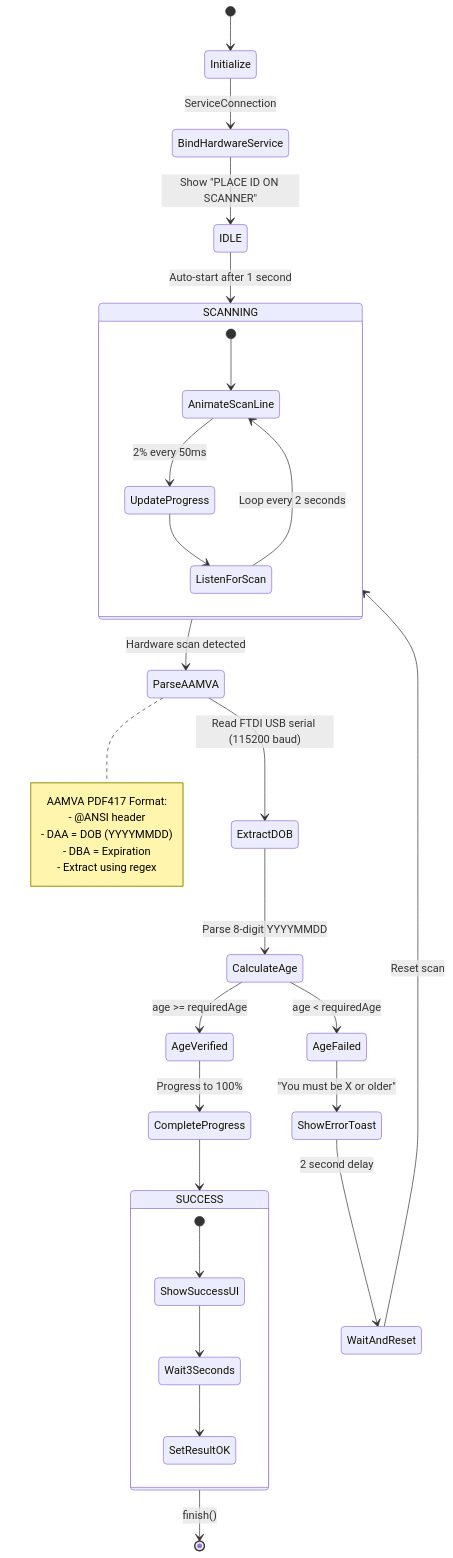
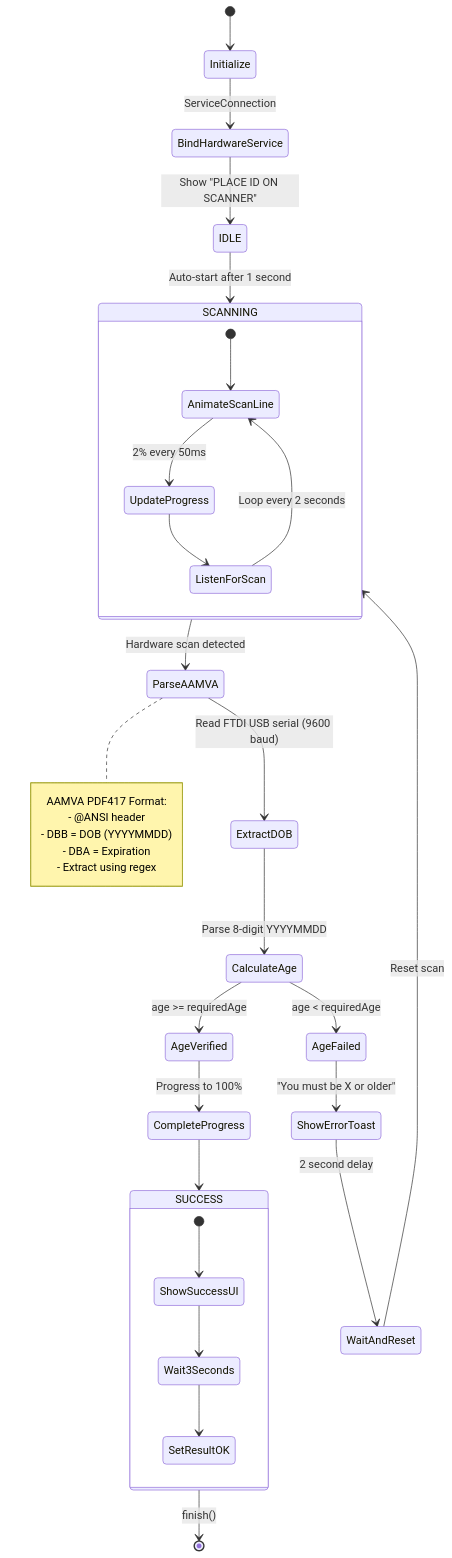
One commit to klhiggin96/zootbox changed the fifth of 16 diagrams in .claude/ZOOTBOX_APPLICATION_FLOW.md. Above: the diagram before and after it, drawn with Mermaid. The commit also changed other lines of this file and 42 other files, not shown here.

````diff
--- a/.claude/ZOOTBOX_APPLICATION_FLOW.md
+++ b/.claude/ZOOTBOX_APPLICATION_FLOW.md
@@ -214,46 +235,46 @@
 ```mermaid
 stateDiagram-v2
     [*] --> Initialize
     Initialize --> BindHardwareService: ServiceConnection
     BindHardwareService --> IDLE: Show "PLACE ID ON SCANNER"
 
     IDLE --> SCANNING: Auto-start after 1 second
 
     state SCANNING {
         [*] --> AnimateScanLine
         AnimateScanLine --> UpdateProgress: 2% every 50ms
         UpdateProgress --> ListenForScan
         ListenForScan --> AnimateScanLine: Loop every 2 seconds
     }
 
     SCANNING --> ParseAAMVA: Hardware scan detected
-    ParseAAMVA --> ExtractDOB: Read FTDI USB serial (115200 baud)
+    ParseAAMVA --> ExtractDOB: Read FTDI USB serial (9600 baud)
     ExtractDOB --> CalculateAge: Parse 8-digit YYYYMMDD
 
     state CalculateAge <<choice>>
     CalculateAge --> AgeVerified: age >= requiredAge
     CalculateAge --> AgeFailed: age < requiredAge
 
     AgeVerified --> CompleteProgress: Progress to 100%
     CompleteProgress --> SUCCESS
 
     state SUCCESS {
         [*] --> ShowSuccessUI
         ShowSuccessUI --> Wait3Seconds
         Wait3Seconds --> SetResultOK
     }
 
     SUCCESS --> [*]: finish()
 
     AgeFailed --> ShowErrorToast: "You must be X or older"
     ShowErrorToast --> WaitAndReset: 2 second delay
     WaitAndReset --> SCANNING: Reset scan
 
     note right of ParseAAMVA
         AAMVA PDF417 Format:
         - @ANSI header
-        - DAA = DOB (YYYYMMDD)
+        - DBB = DOB (YYYYMMDD)
         - DBA = Expiration
         - Extract using regex
     end note
 ```
````
